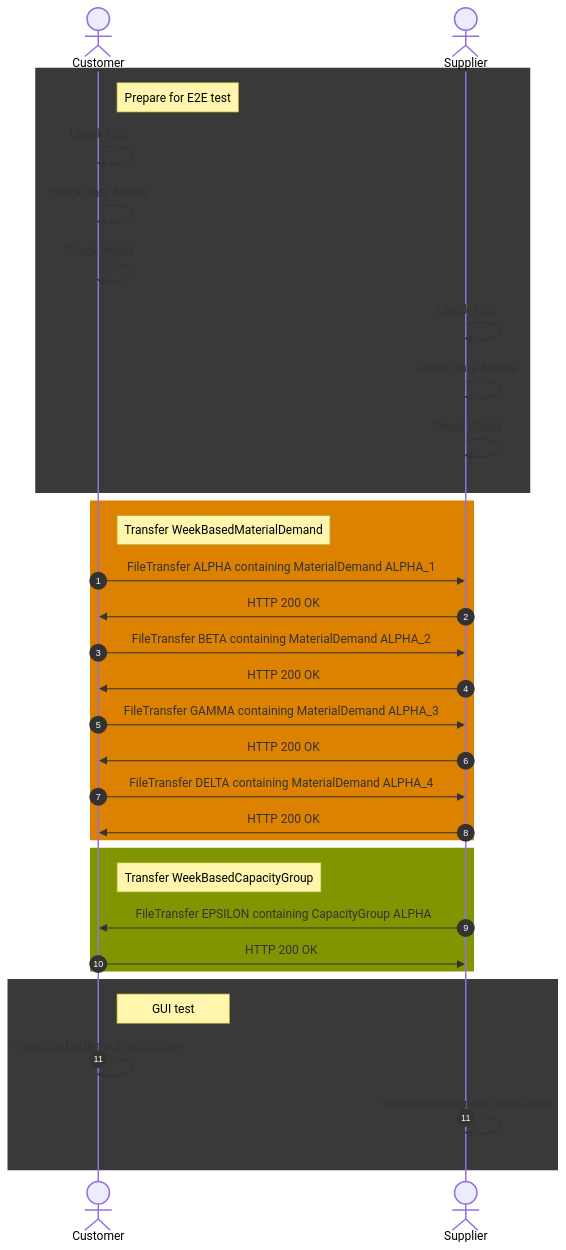
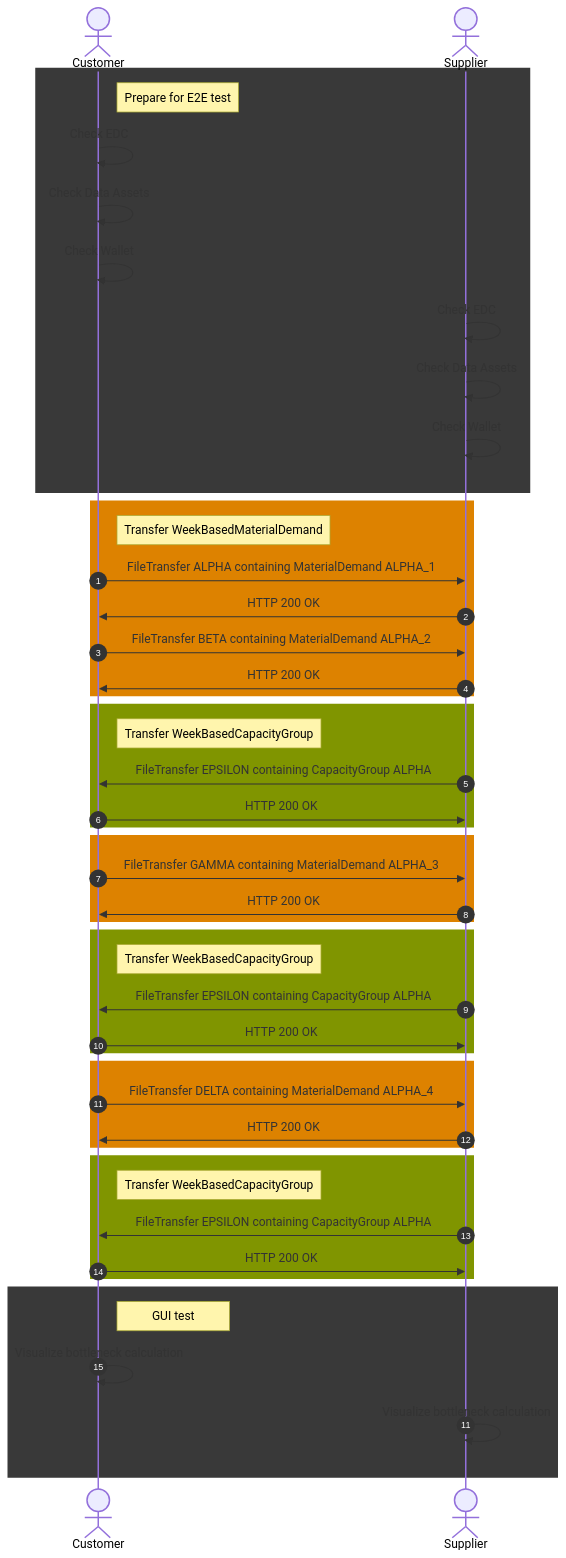
Before and after one commit to eclipse-tractusx/eclipse-tractusx.github.io: the second of 4 diagrams in docs-kits/kits/Demand and Capacity Management Kit/development-view/overview.md, drawn with Mermaid. The commit also changed other lines of this file, not shown here.

Commit message:
Adjust Demand Volatility Sequence Diagram

````diff
--- a/docs-kits/kits/Demand and Capacity Management Kit/development-view/overview.md
+++ b/docs-kits/kits/Demand and Capacity Management Kit/development-view/overview.md
@@ -253,37 +253,56 @@
 ``` mermaid
 sequenceDiagram
 actor c as Customer
 actor s as Supplier
 rect rgb(57,57,57)
   note right of c: Prepare for E2E test
   c->>c: Check EDC
   c->>c: Check Data Assets
   c->>c: Check Wallet
   s->>s: Check EDC
   s->>s: Check Data Assets
   s->>s: Check Wallet
 end
 rect rgb(221,130,0)
 autonumber 1
   note right of c: Transfer WeekBasedMaterialDemand
   c->>s: FileTransfer ALPHA containing MaterialDemand ALPHA_1
   s->>c: HTTP 200 OK
   c->>s: FileTransfer BETA containing MaterialDemand ALPHA_2
   s->>c: HTTP 200 OK
+end
+rect rgb(128,149,0)
+autonumber 5
+  note right of c: Transfer WeekBasedCapacityGroup
+  s->>c: FileTransfer EPSILON containing CapacityGroup ALPHA
+  c->>s: HTTP 200 OK
+end
+rect rgb(221,130,0)
+autonumber 7
   c->>s: FileTransfer GAMMA containing MaterialDemand ALPHA_3
   s->>c: HTTP 200 OK
+end
+rect rgb(128,149,0)
+autonumber 9
+  note right of c: Transfer WeekBasedCapacityGroup
+  s->>c: FileTransfer EPSILON containing CapacityGroup ALPHA
+  c->>s: HTTP 200 OK
+end
+rect rgb(221,130,0)
+autonumber 11
   c->>s: FileTransfer DELTA containing MaterialDemand ALPHA_4
   s->>c: HTTP 200 OK
 end
 rect rgb(128,149,0)
+autonumber 13
   note right of c: Transfer WeekBasedCapacityGroup
   s->>c: FileTransfer EPSILON containing CapacityGroup ALPHA
   c->>s: HTTP 200 OK
 end
 rect rgb(57,57,57)
   note right of c: GUI test
   c->>c: Visualize bottleneck calculation
   autonumber 11
   s->>s: Visualize bottleneck calculation
 end
 ```
````
